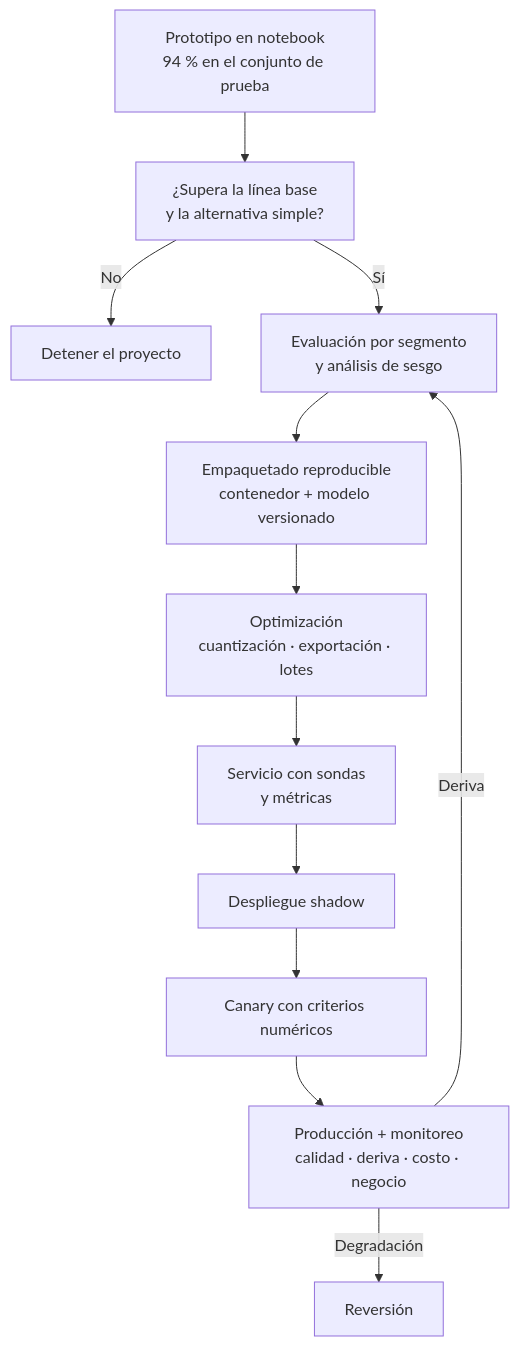
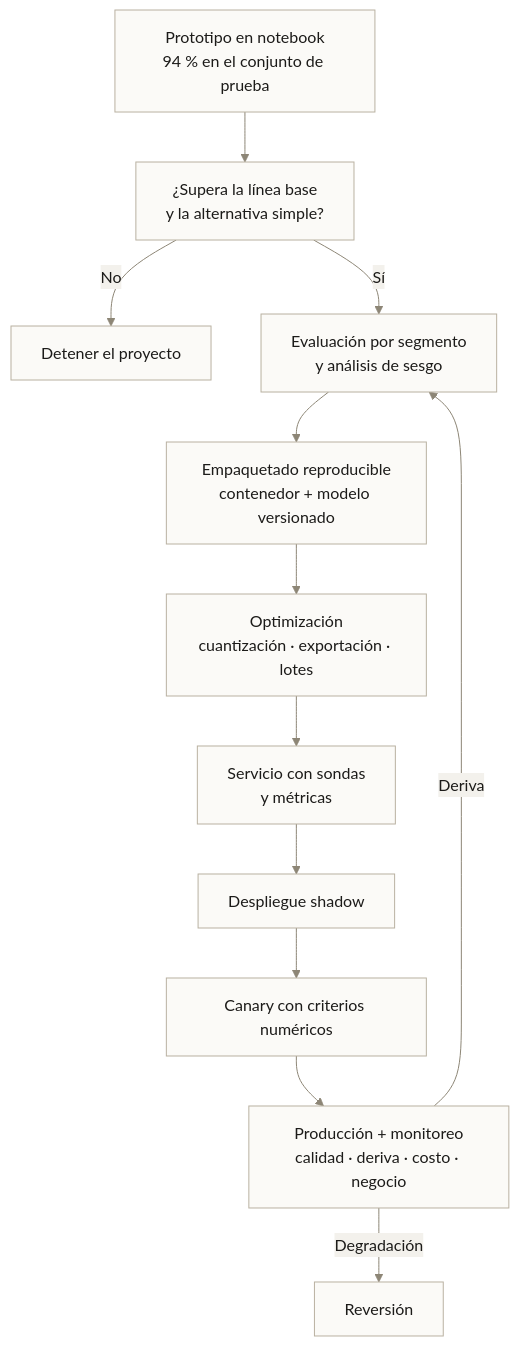
One commit to danielxxi/cloud-and-IA-para-todos changed the diagram in docs/modulos/12-vision-aplicaciones.md. Above: the diagram before and after it, drawn with Mermaid. The commit also changed 19 other files, not shown here.

First line of the commit message:
fix(diagramas): fijar el tema en cada diagrama con la API de Mermaid

````diff
--- a/docs/modulos/12-vision-aplicaciones.md
+++ b/docs/modulos/12-vision-aplicaciones.md
@@ -233,14 +233,15 @@
 ```mermaid
+%%{init:{"theme":"base","themeVariables":{"fontFamily":"Inter, sans-serif","darkMode":false,"background":"#f3f1ec","mainBkg":"#fbfaf7","primaryColor":"#fbfaf7","primaryTextColor":"#1c1b19","primaryBorderColor":"#b9b1a1","secondaryColor":"#ead9ba","secondaryTextColor":"#1c1b19","secondaryBorderColor":"#b9b1a1","tertiaryColor":"#c2d4cb","tertiaryTextColor":"#1c1b19","tertiaryBorderColor":"#b9b1a1","lineColor":"#8d8676","textColor":"#1c1b19","nodeTextColor":"#1c1b19","nodeBorder":"#b9b1a1","labelTextColor":"#1c1b19","titleColor":"#1c1b19","edgeLabelBackground":"#f3f1ec","clusterBkg":"#efece4","clusterBorder":"#d8d2c6","cScale0":"#e2a98c","cScaleLabel0":"#1c1b19","cScale1":"#bdb6e6","cScaleLabel1":"#1c1b19","cScale2":"#e8d9b6","cScaleLabel2":"#1c1b19","cScale3":"#b5d0c3","cScaleLabel3":"#1c1b19","cScale4":"#e6cfc0","cScaleLabel4":"#1c1b19","cScale5":"#cddcea","cScaleLabel5":"#1c1b19"}}}%%
 flowchart TB
     A["Prototipo en notebook<br/>94 % en el conjunto de prueba"] --> B["¿Supera la línea base<br/>y la alternativa simple?"]
     B -->|No| Z["Detener el proyecto"]
     B -->|Sí| C["Evaluación por segmento<br/>y análisis de sesgo"]
     C --> D["Empaquetado reproducible<br/>contenedor + modelo versionado"]
     D --> E["Optimización<br/>cuantización · exportación · lotes"]
     E --> F["Servicio con sondas<br/>y métricas"]
     F --> G["Despliegue shadow"]
     G --> H["Canary con criterios numéricos"]
     H --> I["Producción + monitoreo<br/>calidad · deriva · costo · negocio"]
     I -->|Deriva| C
     I -->|Degradación| J["Reversión"]
 ```
````
